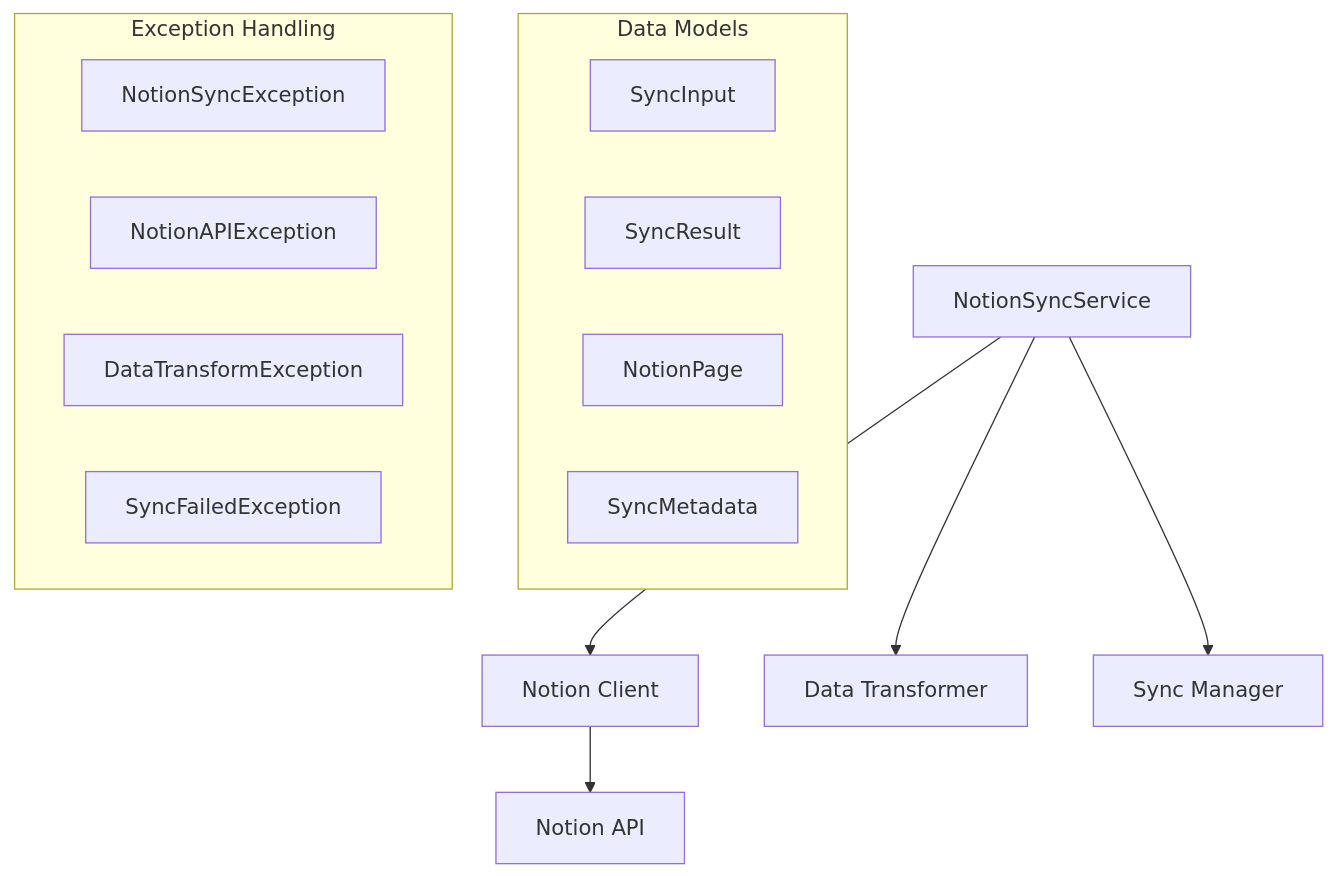
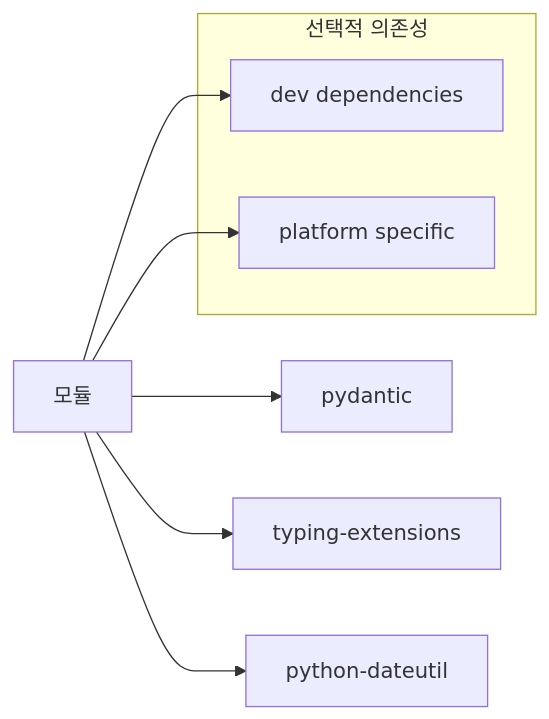
One commit to yeonjae-work/universal-modules changed the second of 4 diagrams in packages/yeonjae-universal-notion-sync/docs/technical-specification.md. Above: the diagram before and after it, drawn with Mermaid. The commit also changed other lines of this file and 11 other files, not shown here.

````diff
--- a/packages/yeonjae-universal-notion-sync/docs/technical-specification.md
+++ b/packages/yeonjae-universal-notion-sync/docs/technical-specification.md
@@ -23,22 +50,13 @@
 ```mermaid
-graph TB
-    A[NotionSyncService] --> B[Notion Client]
-    A --> C[Data Transformer]
-    A --> D[Sync Manager]
+graph LR
+    A[모듈] --> B[pydantic]
+    A --> E[requests]
+    A --> F[pydantic]
+    A --> G[typing-extensions]
+    A --> H[python-dateutil]
     
-    B --> E[Notion API]
-    
-    subgraph "Data Models"
-        F[SyncInput]
-        G[SyncResult]
-        H[NotionPage]
-        I[SyncMetadata]
-    end
-    
-    subgraph "Exception Handling"
-        J[NotionSyncException]
-        K[NotionAPIException]
-        L[DataTransformException]
-        M[SyncFailedException]
+    subgraph "선택적 의존성"
+        E[dev dependencies]
+        F[platform specific]
     end
 ```
````
